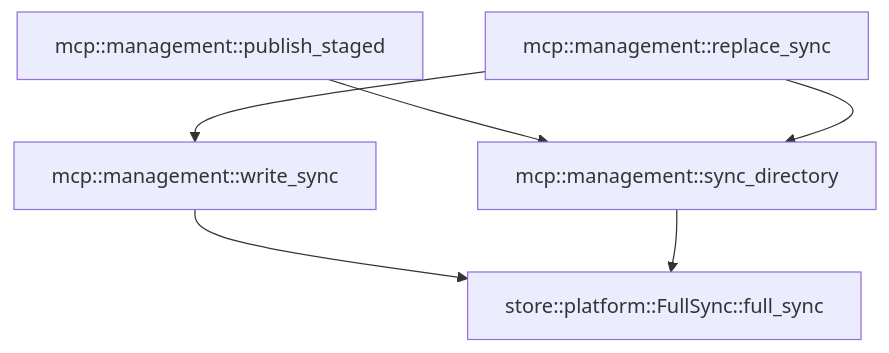
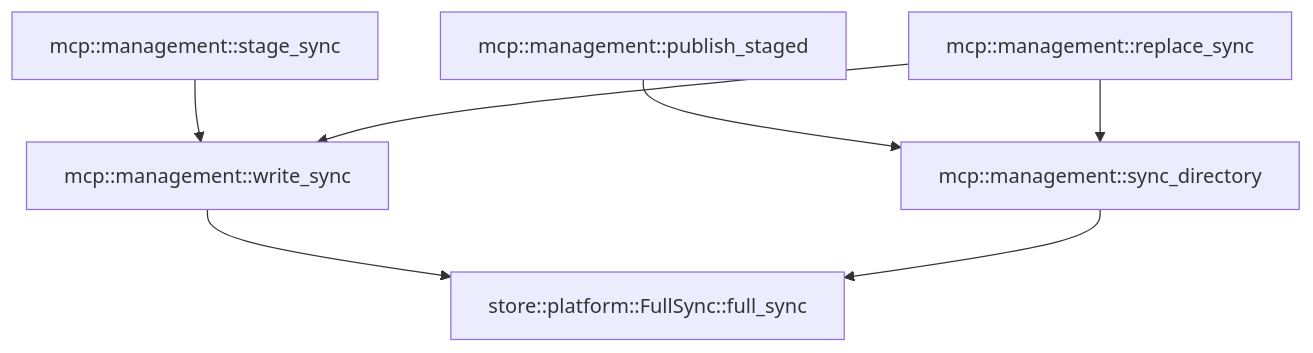
The third of 3 diagrams in crates/mcp/docs/generated/src--management.md (TekesApps/TekesKernel), drawn with Mermaid before and after one commit. The commit also changed other lines of this file and 147 other files, not shown here.

````diff
--- a/crates/mcp/docs/generated/src--management.md
+++ b/crates/mcp/docs/generated/src--management.md
@@ -247,13 +246,15 @@
 ```mermaid
 flowchart TD
-  n0["mcp::management::publish_staged"]
-  n1["mcp::management::replace_sync"]
-  n2["mcp::management::write_sync"]
-  n3["mcp::management::sync_directory"]
-  n4["store::platform::FullSync::full_sync"]
+  n0["mcp::management::stage_sync"]
+  n1["mcp::management::publish_staged"]
+  n2["mcp::management::replace_sync"]
+  n3["mcp::management::write_sync"]
+  n4["mcp::management::sync_directory"]
+  n5["store::platform::FullSync::full_sync"]
   n0 --> n3
-  n1 --> n2
-  n1 --> n3
+  n1 --> n4
+  n2 --> n3
   n2 --> n4
-  n3 --> n4
+  n3 --> n5
+  n4 --> n5
 ```
````
